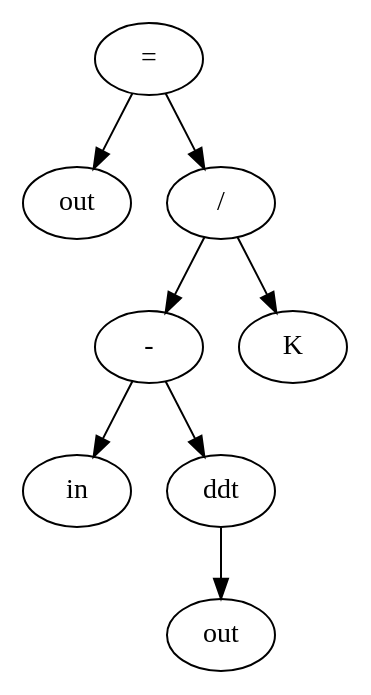
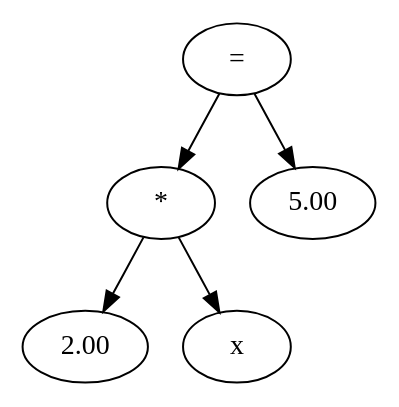
One commit to Jojojoppe/EQparse changed the diagram in testout.dot. Above: the diagram before and after it, drawn with Graphviz. The commit also changed 5 other files, not shown here.

```diff
--- a/testout.dot
+++ b/testout.dot
@@ -1,17 +1,11 @@
 digraph{
 root [label="="]
-root_0 [label="out"]
+root_0 [label="*"]
 root -> root_0
-root_1 [label="/"]
+root_0_0 [label="2.00"]
+root_0 -> root_0_0
+root_0_1 [label="x"]
+root_0 -> root_0_1
+root_1 [label="5.00"]
 root -> root_1
-root_1_0 [label="-"]
-root_1 -> root_1_0
-root_1_0_0 [label="in"]
-root_1_0 -> root_1_0_0
-root_1_0_1 [label="ddt"]
-root_1_0 -> root_1_0_1
-root_1_0_1_0 [label="out"]
-root_1_0_1 -> root_1_0_1_0
-root_1_1 [label="K"]
-root_1 -> root_1_1
 }
```
